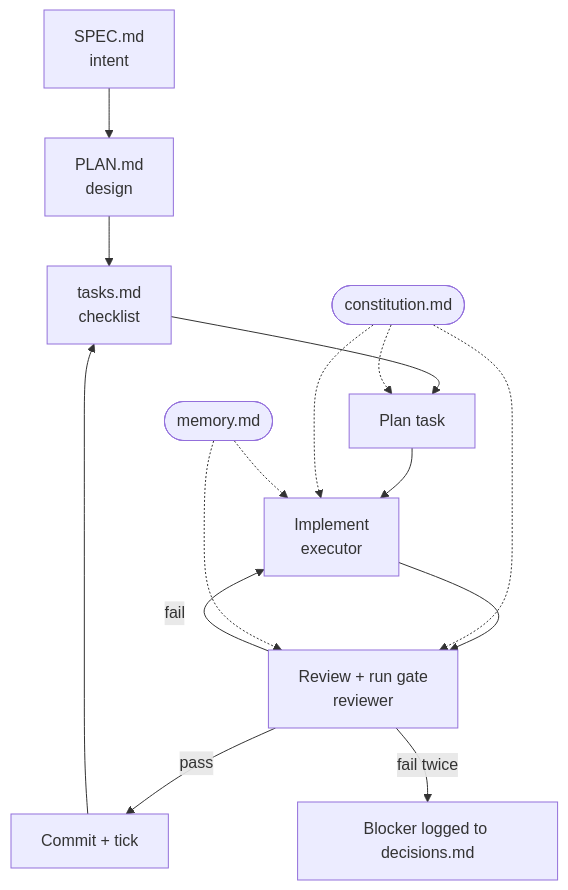
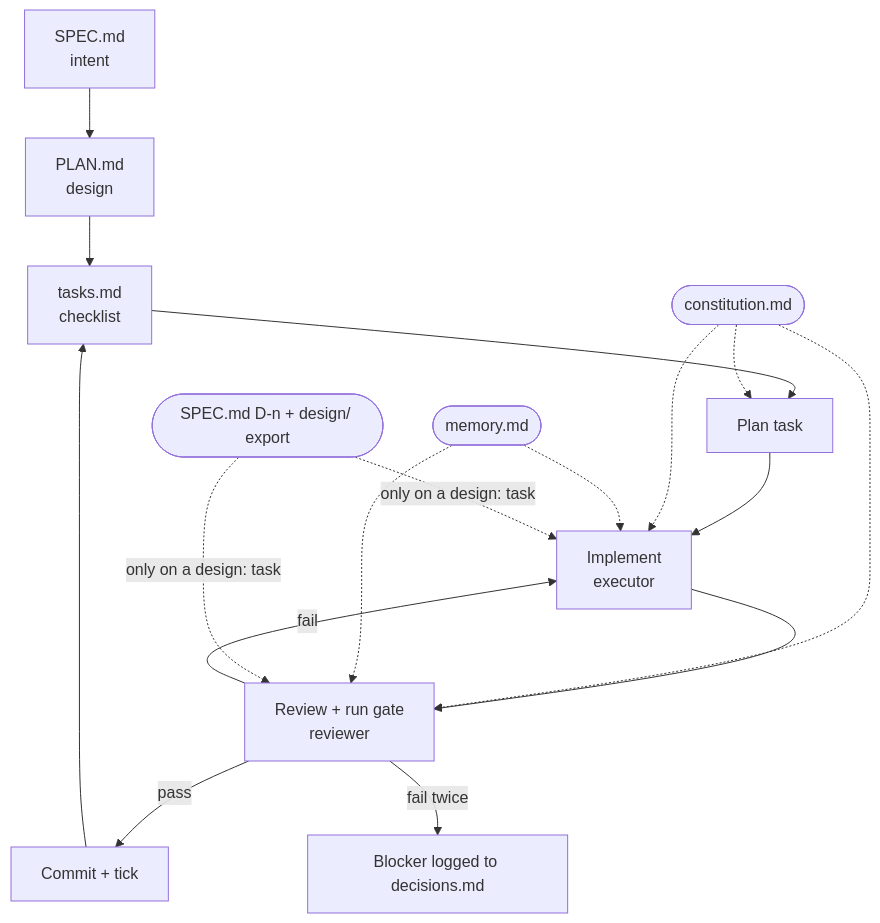
Before and after one commit to GrayMa77er/tiny-spec: the diagram in README.md, drawn with Mermaid. The commit also changed other lines of this file, not shown here.

````diff
--- a/README.md
+++ b/README.md
@@ -148,15 +156,16 @@
 ```mermaid
 flowchart TB
     SPEC[SPEC.md<br/>intent] --> PLAN[PLAN.md<br/>design] --> TASKS[tasks.md<br/>checklist]
 
     TASKS --> P[Plan task]
     P --> I[Implement<br/>executor]
     I --> R[Review + run gate<br/>reviewer]
     R -->|pass| C[Commit + tick]
     C --> TASKS
     R -->|fail| I
     R -->|fail twice| B[Blocker logged to decisions.md]
 
     CON([constitution.md]) -.-> P & I & R
     MEM([memory.md]) -.-> I & R
+    DES([SPEC.md D-n + design/ export]) -.->|only on a design: task| I & R
 ```
````
